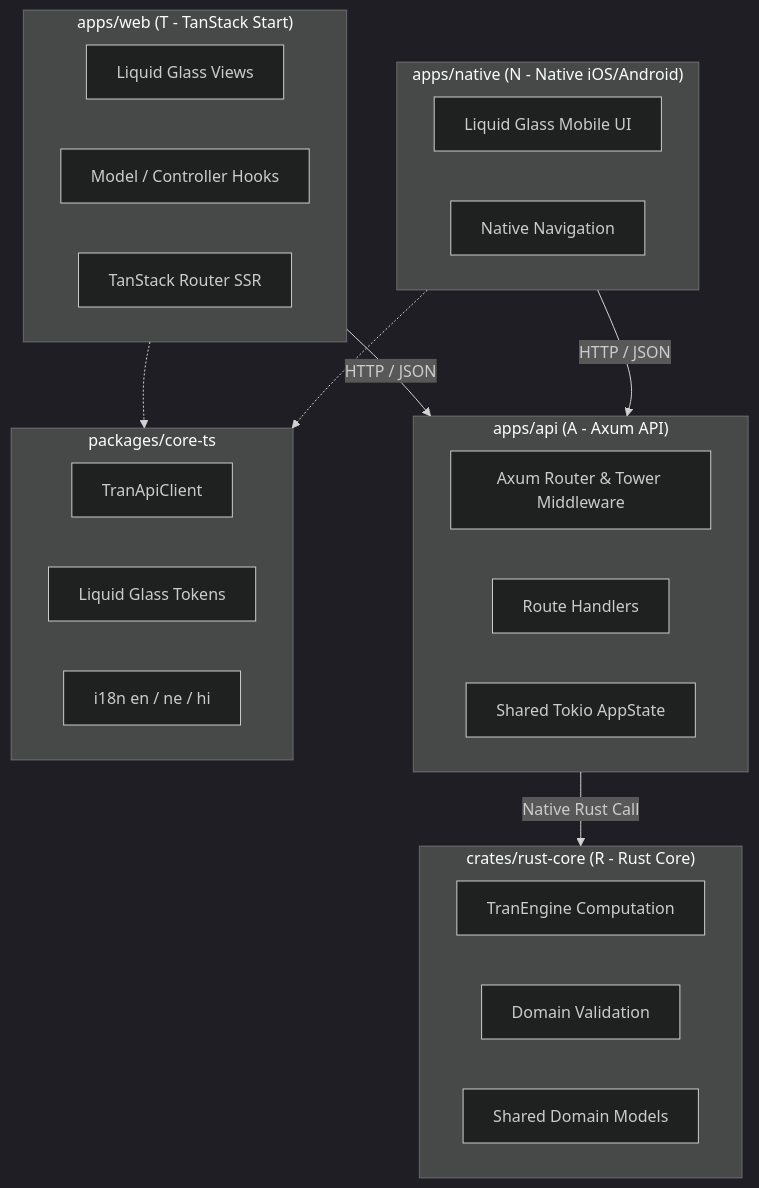
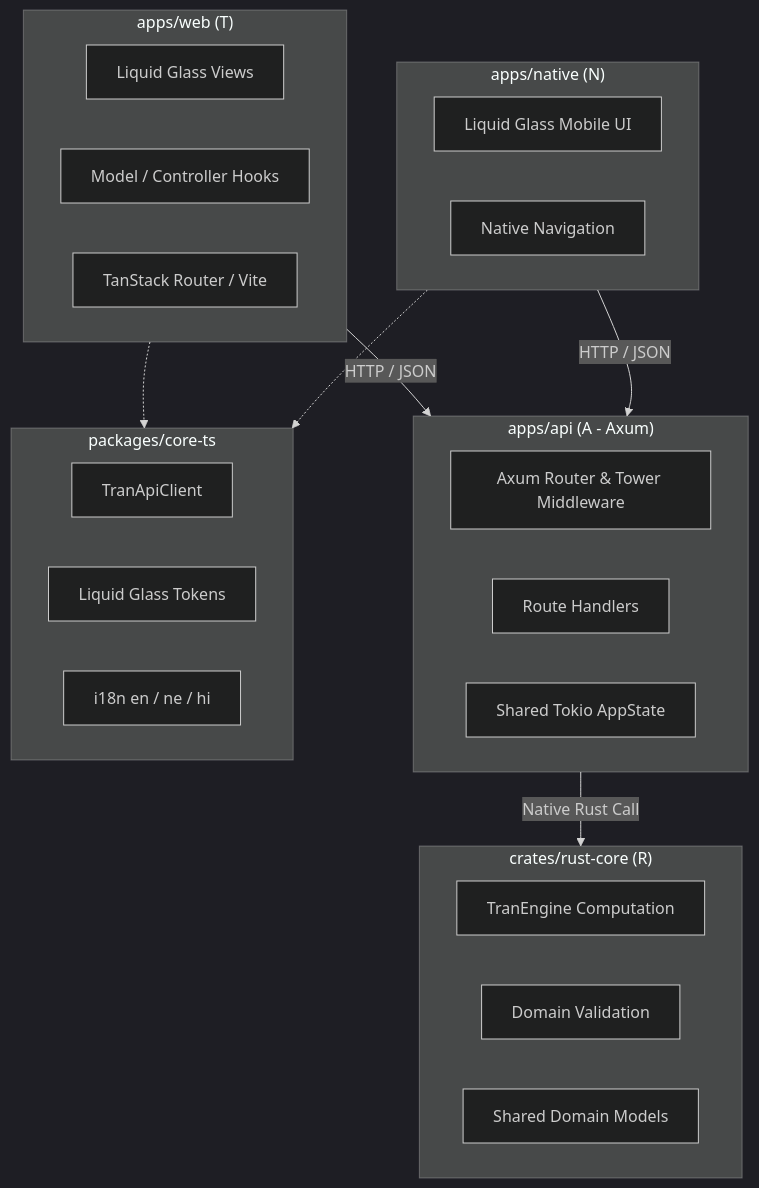
The diagram in README.md (bishalg/create-TRAN), drawn with Mermaid (dark theme) before and after one commit. The commit also changed other lines of this file and 13 other files, not shown here.

````diff
--- a/README.md
+++ b/README.md
@@ -16,37 +78,37 @@
 ```mermaid
 graph TD
-    subgraph Web ["apps/web (T - TanStack Start)"]
+    subgraph Web ["apps/web (T)"]
         UI[Liquid Glass Views]
         Hook[Model / Controller Hooks]
-        Router[TanStack Router SSR]
+        Router[TanStack Router / Vite]
     end
 
-    subgraph Mobile ["apps/native (N - Native iOS/Android)"]
+    subgraph Mobile ["apps/native (N)"]
         RNUI[Liquid Glass Mobile UI]
         MobileNav[Native Navigation]
     end
 
-    subgraph Backend ["apps/api (A - Axum API)"]
+    subgraph Backend ["apps/api (A - Axum)"]
         RouterAxum[Axum Router & Tower Middleware]
         Handlers[Route Handlers]
         State[Shared Tokio AppState]
     end
 
-    subgraph Core ["crates/rust-core (R - Rust Core)"]
+    subgraph Core ["crates/rust-core (R)"]
         Engine[TranEngine Computation]
         Validation[Domain Validation]
         Models[Shared Domain Models]
     end
 
     subgraph SharedTS ["packages/core-ts"]
         Client[TranApiClient]
         Tokens[Liquid Glass Tokens]
         i18n[i18n en / ne / hi]
     end
 
     Web -->|HTTP / JSON| Backend
     Mobile -->|HTTP / JSON| Backend
     Backend -->|Native Rust Call| Core
     Web -.-> SharedTS
     Mobile -.-> SharedTS
 ```
````
